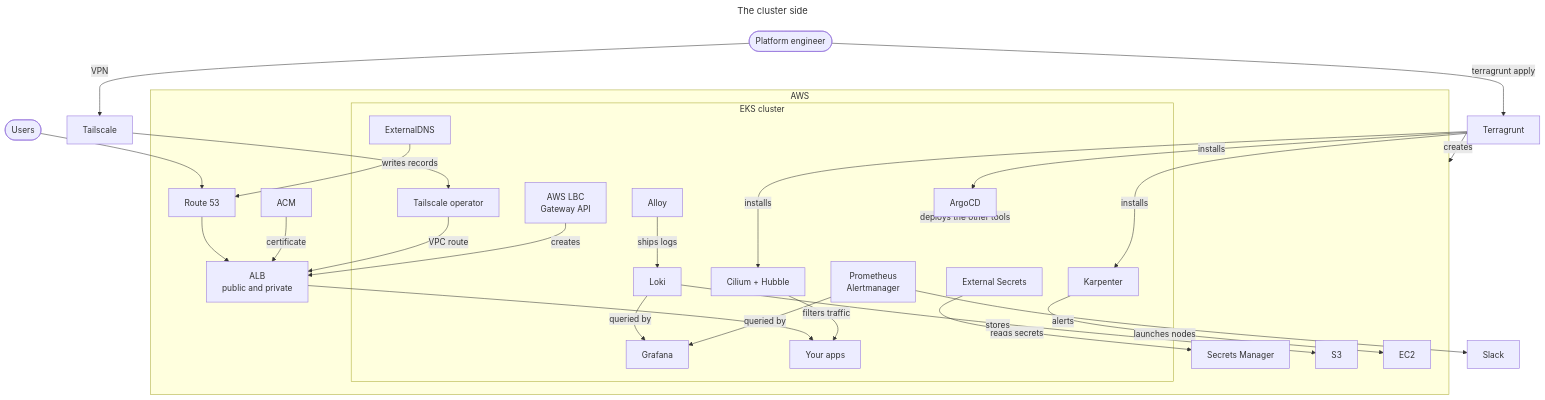
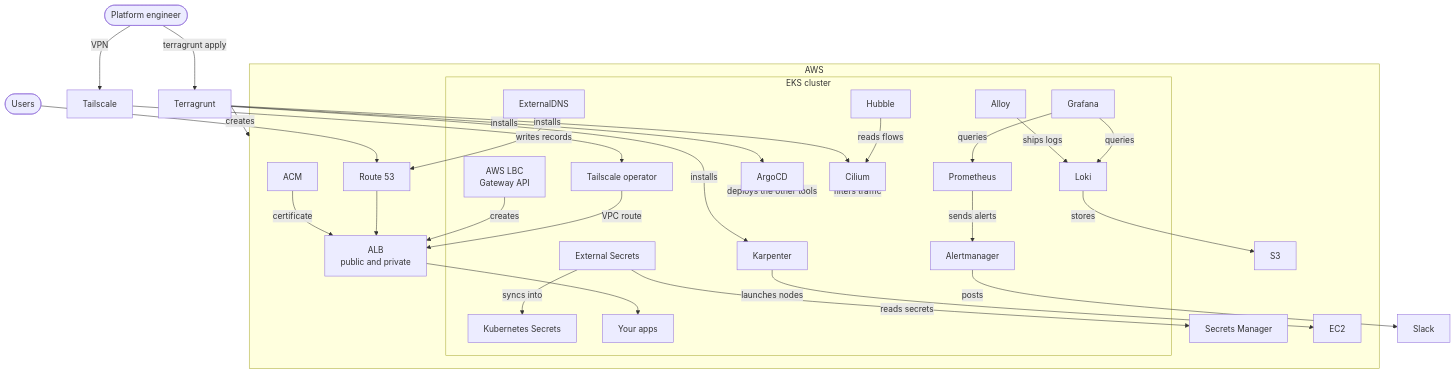
The second of 2 diagrams in README.md (ConsciousML/eks-forge), drawn with Mermaid before and after one commit. The commit also changed other lines of this file, not shown here.

Commit message:
docs: split the README architecture into platform and infrastructure sections

````diff
--- a/README.md
+++ b/README.md
@@ -50,58 +91,61 @@
 ```mermaid
----
-title: The cluster side
----
 flowchart TB
     eng(["Platform engineer"])
     users(["Users"])
     slack["Slack"]
     tailnet["Tailscale"]
     tg["Terragrunt"]
 
     subgraph aws["AWS"]
         r53["Route 53"]
         acm["ACM"]
         alb["ALB<br/>public and private"]
         sm["Secrets Manager"]
         s3["S3"]
         ec2["EC2"]
         subgraph eks["EKS cluster"]
             argocd["ArgoCD"]
             karpenter["Karpenter"]
-            cilium["Cilium + Hubble"]
+            cilium["Cilium"]
+            hubble["Hubble"]
             lbc["AWS LBC<br/>Gateway API"]
             extdns["ExternalDNS"]
             eso["External Secrets"]
+            k8ssecret["Kubernetes Secrets"]
             tsop["Tailscale operator"]
-            prom["Prometheus<br/>Alertmanager"]
+            prom["Prometheus"]
+            am["Alertmanager"]
             alloy["Alloy"]
             loki["Loki"]
             grafana["Grafana"]
             app["Your apps"]
         end
     end
 
     eng -->|"terragrunt apply"| tg
     tg -->|"creates"| aws
     tg -->|"installs"| argocd
     tg -->|"installs"| karpenter
     tg -->|"installs"| cilium
     argocd -.->|"deploys the other tools"| eks
     karpenter -->|"launches nodes"| ec2
     lbc -->|"creates"| alb
     acm -->|"certificate"| alb
     extdns -->|"writes records"| r53
     eso -->|"reads secrets"| sm
+    eso -->|"syncs into"| k8ssecret
     alloy -->|"ships logs"| loki
     loki -->|"stores"| s3
-    prom -->|"queried by"| grafana
-    loki -->|"queried by"| grafana
-    prom -->|"alerts"| slack
-    cilium -->|"filters traffic"| app
+    grafana -->|"queries"| prom
+    grafana -->|"queries"| loki
+    prom -->|"sends alerts"| am
+    am -->|"posts"| slack
+    cilium -->|"filters traffic"| eks
+    hubble -->|"reads flows"| cilium
     users --> r53
     r53 --> alb
     alb --> app
     eng -->|"VPN"| tailnet
     tailnet --> tsop
     tsop -->|"VPC route"| alb
 ```
````
